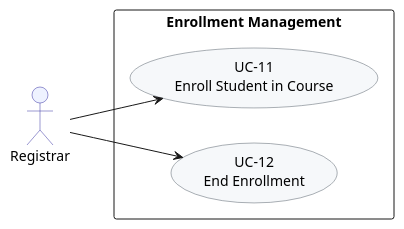
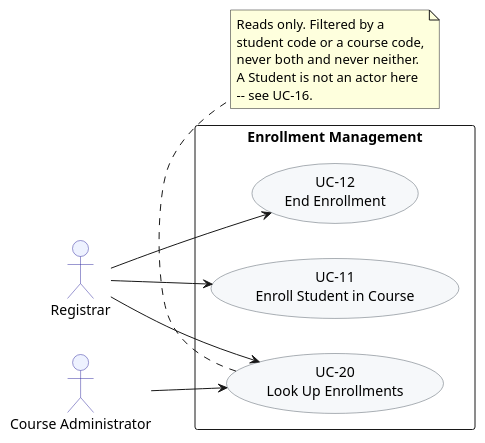
Before and after one commit to phuchoang2005/Student-Management-System: the diagram in docs/BA-docs/use-case-diagram-assets/05-enrollment-management.puml, drawn with PlantUML. The commit also changed 241 other files, not shown here.

```diff
--- a/docs/BA-docs/use-case-diagram-assets/05-enrollment-management.puml
+++ b/docs/BA-docs/use-case-diagram-assets/05-enrollment-management.puml
@@ -1,22 +1,34 @@
 @startuml
 left to right direction
 skinparam backgroundColor transparent
 skinparam usecase {
   BackgroundColor #F6F8FA
   BorderColor #57606A
 }
 skinparam actor {
   BackgroundColor #EEF2FF
   BorderColor #3730A3
 }
 
 actor Registrar
+actor "Course Administrator" as CourseAdmin
 
 rectangle "Enrollment Management" {
   usecase "UC-11\nEnroll Student in Course" as UC11
   usecase "UC-12\nEnd Enrollment" as UC12
+  usecase "UC-20\nLook Up Enrollments" as UC20
 }
 
 Registrar --> UC11
 Registrar --> UC12
+Registrar --> UC20
+CourseAdmin --> UC20
+
+note bottom of UC20
+  Reads only. Filtered by a
+  student code or a course code,
+  never both and never neither.
+  A Student is not an actor here
+  -- see UC-16.
+end note
 @enduml
```
